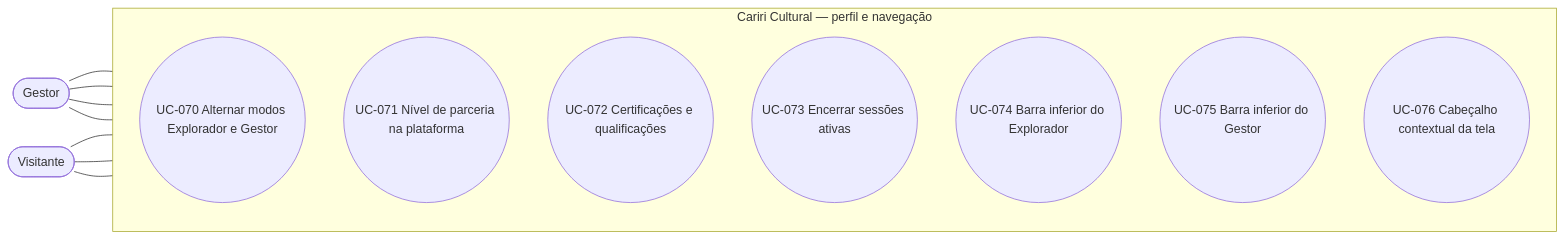
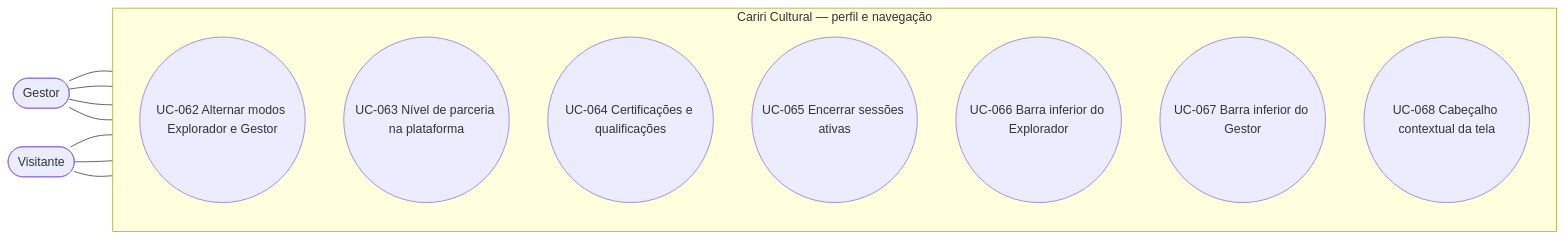
One commit to alan-mendes-ufca/CaririCultural changed diagram 11 of 11 in home/user-cases/use-cases-diagram.md. Above: the diagram before and after it, drawn with Mermaid. The commit also changed other lines of this file and 4 other files, not shown here.

````diff
--- a/home/user-cases/use-cases-diagram.md
+++ b/home/user-cases/use-cases-diagram.md
@@ -455,21 +398,21 @@
 ```mermaid
 flowchart LR
     %% Atores
     V([Visitante])
     G([Gestor])
 
     subgraph CC [Cariri Cultural — perfil e navegação]
         direction TB
-        UC070((UC-070 Alternar modos Explorador e Gestor))
-        UC071((UC-071 Nível de parceria na plataforma))
-        UC072((UC-072 Certificações e qualificações))
-        UC073((UC-073 Encerrar sessões ativas))
-        UC074((UC-074 Barra inferior do Explorador))
-        UC075((UC-075 Barra inferior do Gestor))
-        UC076((UC-076 Cabeçalho contextual da tela))
+        UC062((UC-062 Alternar modos Explorador e Gestor))
+        UC063((UC-063 Nível de parceria na plataforma))
+        UC064((UC-064 Certificações e qualificações))
+        UC065((UC-065 Encerrar sessões ativas))
+        UC066((UC-066 Barra inferior do Explorador))
+        UC067((UC-067 Barra inferior do Gestor))
+        UC068((UC-068 Cabeçalho contextual da tela))
     end
 
     %% Relações Ator -> Caso de Uso
-    G --- UC070 & UC071 & UC072 & UC075
-    V --- UC073 & UC074 & UC076
+    G --- UC062 & UC063 & UC064 & UC067
+    V --- UC065 & UC066 & UC068
 ```
````
